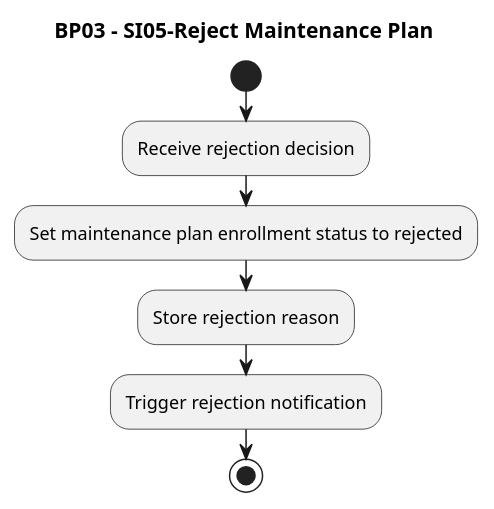
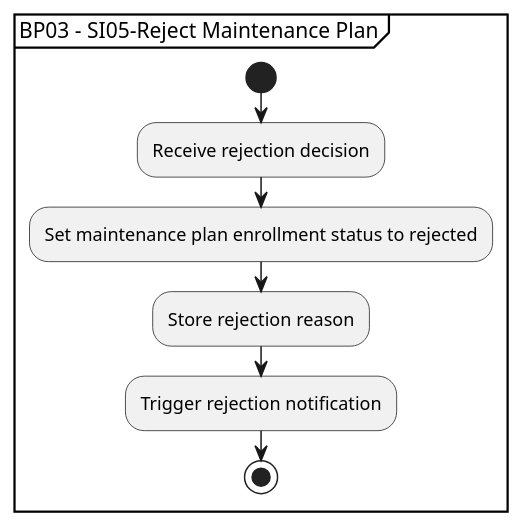
The diagram in 2.System Interactions/1.SystemInteractionDiagrams/BP03-SI05-Reject-Maintenance-Plan.puml (aaberg/builders-clinic-fix-me), drawn with PlantUML before and after one commit. The commit also changed 54 other files, not shown here.

```diff
--- a/2.System Interactions/1.SystemInteractionDiagrams/BP03-SI05-Reject-Maintenance-Plan.puml
+++ b/2.System Interactions/1.SystemInteractionDiagrams/BP03-SI05-Reject-Maintenance-Plan.puml
@@ -1,11 +1,12 @@
 @startuml
-title BP03 - SI05-Reject Maintenance Plan
 
-start
-:Receive rejection decision;
-:Set maintenance plan enrollment status to rejected;
-:Store rejection reason;
-:Trigger rejection notification;
-stop
+partition "BP03 - SI05-Reject Maintenance Plan" {
+  start
+  :Receive rejection decision;
+  :Set maintenance plan enrollment status to rejected;
+  :Store rejection reason;
+  :Trigger rejection notification;
+  stop
+}
 
 @enduml
```
